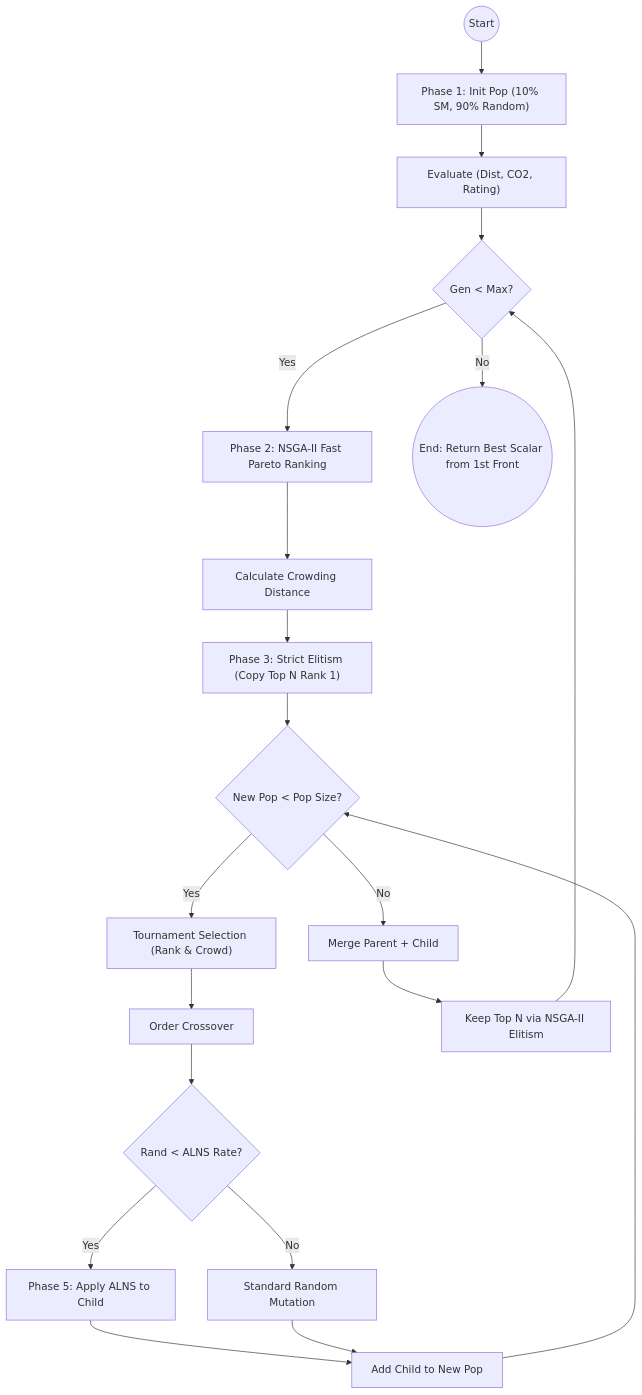
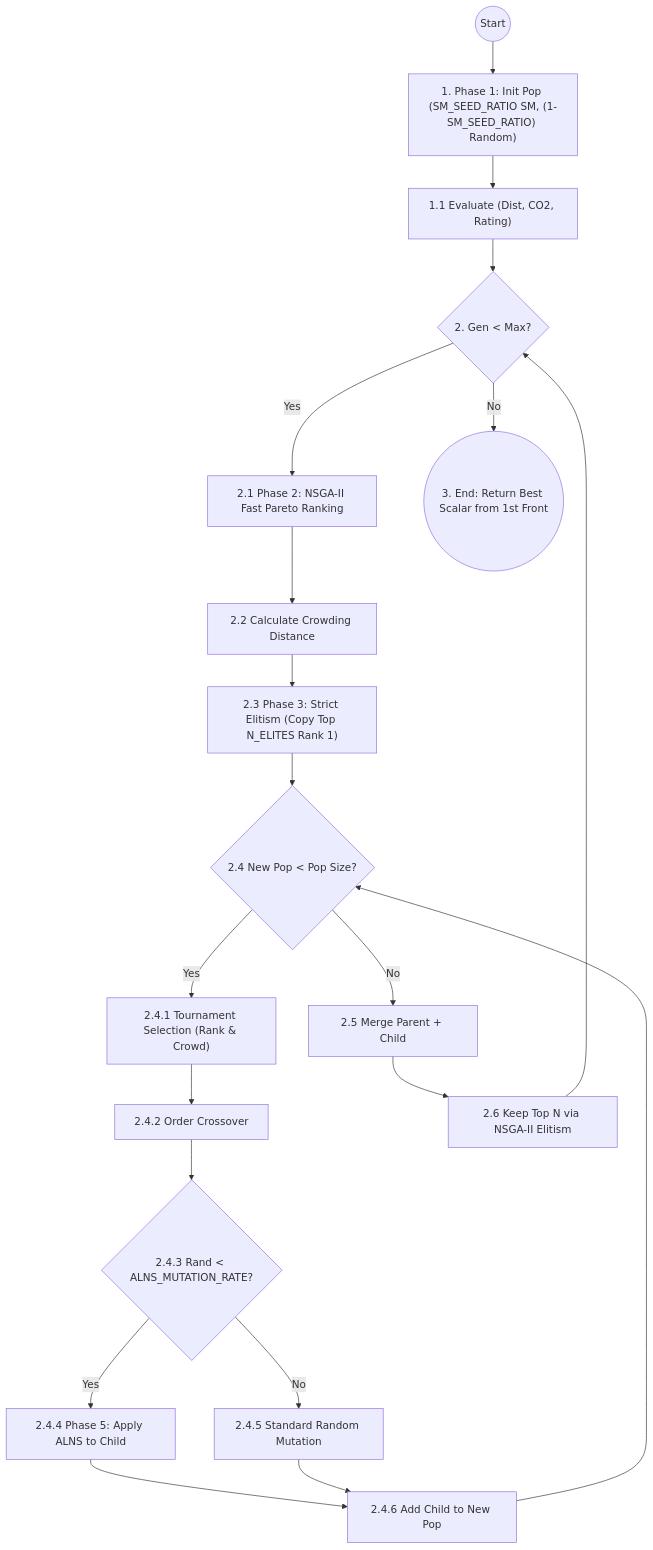
One commit to babankbro/NakornSri-Travel changed the seventh of 8 diagrams in doc/algorithm-workflows.md. Above: the diagram before and after it, drawn with Mermaid. The commit also changed other lines of this file and 17 other files, not shown here.

````diff
--- a/doc/algorithm-workflows.md
+++ b/doc/algorithm-workflows.md
@@ -522,28 +520,28 @@
 ```mermaid
 graph TD
-    Start(("Start")) --> InitPop["Phase 1: Init Pop (10% SM, 90% Random)"]
-    InitPop --> EvalPop["Evaluate (Dist, CO2, Rating)"]
-    EvalPop --> LoopGen{"Gen < Max?"}
+    Start(("Start")) --> InitPop["1. Phase 1: Init Pop (SM_SEED_RATIO SM, (1-SM_SEED_RATIO) Random)"]
+    InitPop --> EvalPop["1.1 Evaluate (Dist, CO2, Rating)"]
+    EvalPop --> LoopGen{"2. Gen < Max?"}
     
-    LoopGen -- Yes --> Rank["Phase 2: NSGA-II Fast Pareto Ranking"]
-    Rank --> Crowd["Calculate Crowding Distance"]
+    LoopGen -- Yes --> Rank["2.1 Phase 2: NSGA-II Fast Pareto Ranking"]
+    Rank --> Crowd["2.2 Calculate Crowding Distance"]
     
-    Crowd --> Elitism["Phase 3: Strict Elitism (Copy Top N Rank 1)"]
-    Elitism --> LoopPop{"New Pop < Pop Size?"}
+    Crowd --> Elitism["2.3 Phase 3: Strict Elitism (Copy Top N_ELITES Rank 1)"]
+    Elitism --> LoopPop{"2.4 New Pop < Pop Size?"}
     
-    LoopPop -- Yes --> Selection["Tournament Selection (Rank & Crowd)"]
-    Selection --> Crossover["Order Crossover"]
-    Crossover --> ProbALNS{"Rand < ALNS Rate?"}
+    LoopPop -- Yes --> Selection["2.4.1 Tournament Selection (Rank & Crowd)"]
+    Selection --> Crossover["2.4.2 Order Crossover"]
+    Crossover --> ProbALNS{"2.4.3 Rand < ALNS_MUTATION_RATE?"}
     
-    ProbALNS -- Yes --> ALNSChild["Phase 5: Apply ALNS to Child"]
-    ProbALNS -- No --> MutateChild["Standard Random Mutation"]
-    ALNSChild --> AddChild["Add Child to New Pop"]
+    ProbALNS -- Yes --> ALNSChild["2.4.4 Phase 5: Apply ALNS to Child"]
+    ProbALNS -- No --> MutateChild["2.4.5 Standard Random Mutation"]
+    ALNSChild --> AddChild["2.4.6 Add Child to New Pop"]
     MutateChild --> AddChild
     AddChild --> LoopPop
     
-    LoopPop -- No --> Merge["Merge Parent + Child"]
-    Merge --> KeepTop["Keep Top N via NSGA-II Elitism"]
+    LoopPop -- No --> Merge["2.5 Merge Parent + Child"]
+    Merge --> KeepTop["2.6 Keep Top N via NSGA-II Elitism"]
     KeepTop --> LoopGen
     
-    LoopGen -- No --> End(("End: Return Best Scalar from 1st Front"))
+    LoopGen -- No --> End(("3. End: Return Best Scalar from 1st Front"))
 ```
````
